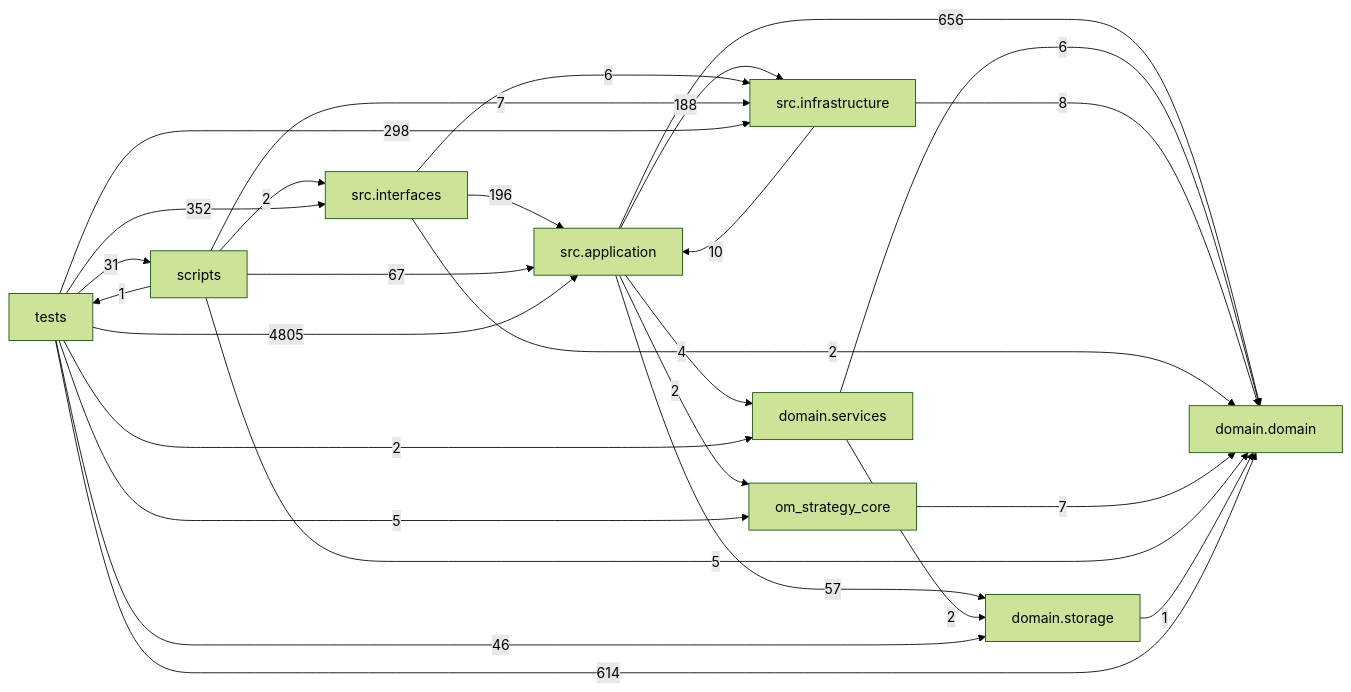
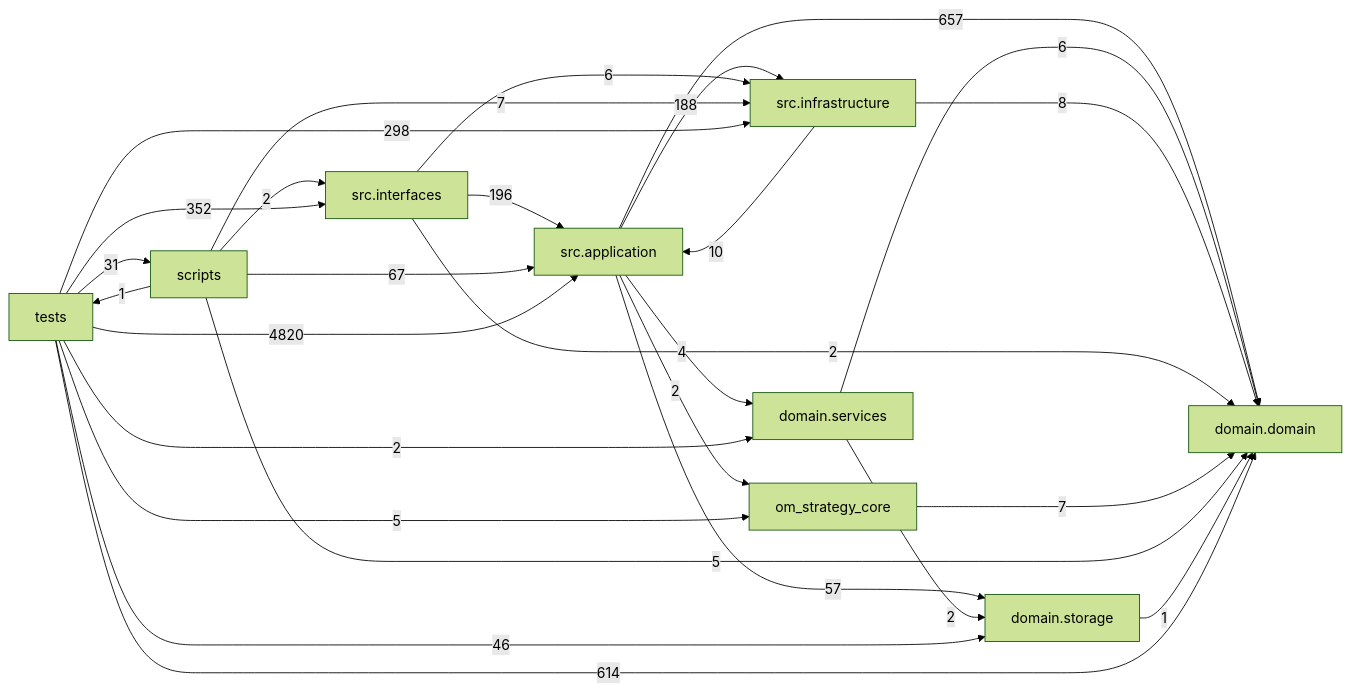
The diagram in docs/DEPENDENCY_GRAPH.md (liuxie066/options-monitor), drawn with Mermaid (forest theme) before and after one commit. The commit also changed other lines of this file and 6 other files, not shown here.

````diff
--- a/docs/DEPENDENCY_GRAPH.md
+++ b/docs/DEPENDENCY_GRAPH.md
@@ -24,38 +24,38 @@
 ```mermaid
 flowchart LR
   tests["tests"]
   scripts["scripts"]
   interfaces["src.interfaces"]
   application["src.application"]
   infrastructure["src.infrastructure"]
   domain_services["domain.services"]
   domain["domain.domain"]
   storage["domain.storage"]
-  application -->|656| domain
+  application -->|657| domain
   application -->|4| domain_services
   application -->|188| infrastructure
   application -->|2| om_strategy_core
   application -->|57| storage
   domain_services -->|6| domain
   domain_services -->|2| storage
   infrastructure -->|10| application
   infrastructure -->|8| domain
   interfaces -->|196| application
   interfaces -->|2| domain
   interfaces -->|6| infrastructure
   om_strategy_core -->|7| domain
   scripts -->|67| application
   scripts -->|5| domain
   scripts -->|7| infrastructure
   scripts -->|2| interfaces
   scripts -->|1| tests
   storage -->|1| domain
-  tests -->|4805| application
+  tests -->|4820| application
   tests -->|614| domain
   tests -->|2| domain_services
   tests -->|298| infrastructure
   tests -->|352| interfaces
   tests -->|5| om_strategy_core
   tests -->|31| scripts
   tests -->|46| storage
 ```
````
